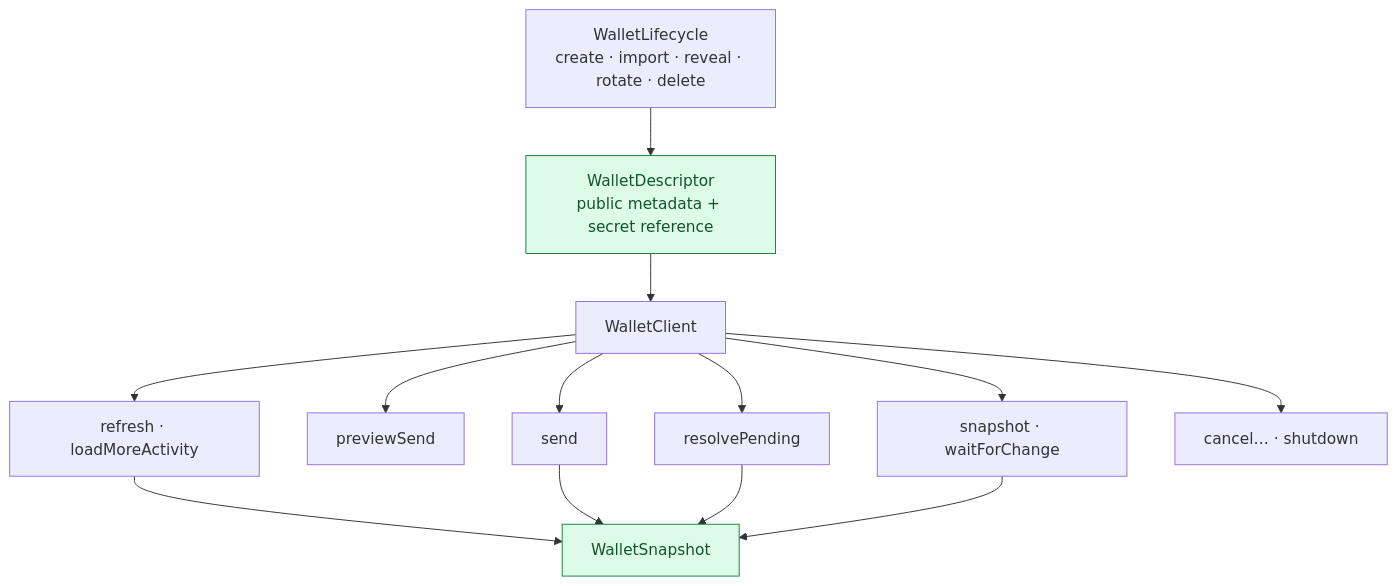
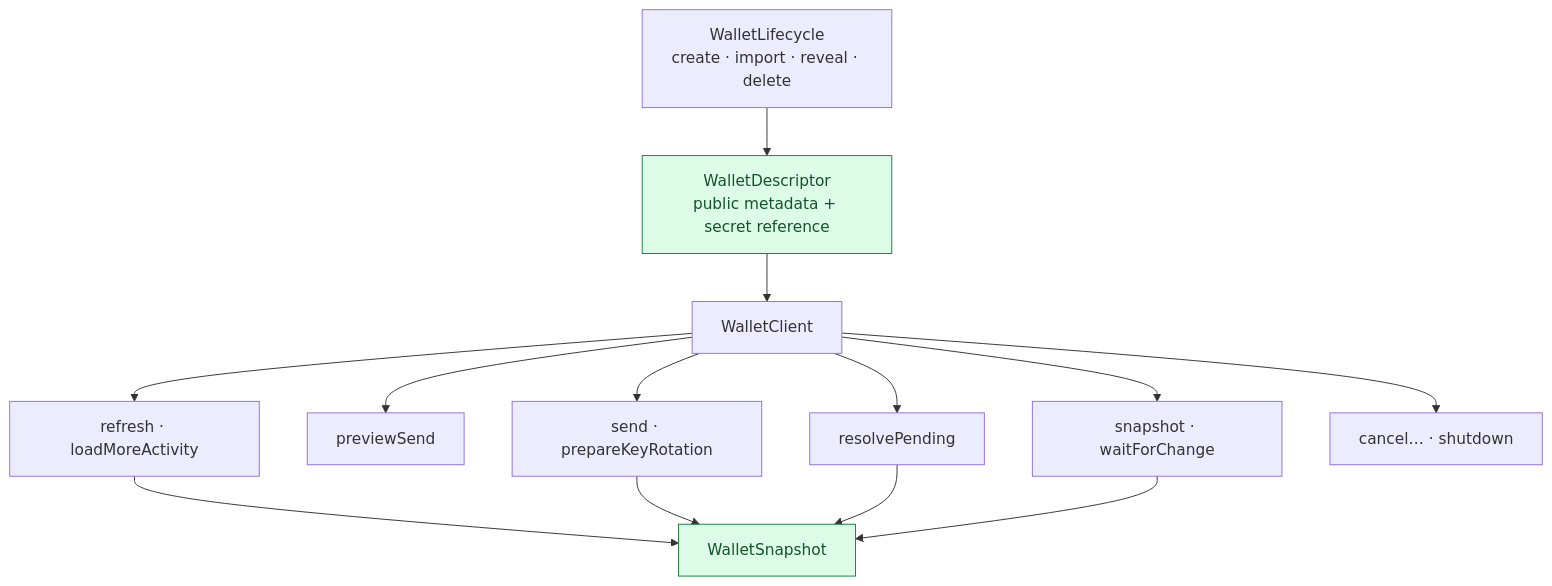
The first of 9 diagrams in README.md (i582/wallet-engine), drawn with Mermaid before and after one commit. The commit also changed other lines of this file and 23 other files, not shown here.

Commit message:
feat(rust): support multiple key rotation and move function to WalletClient to fetch seqno automatically

````diff
--- a/README.md
+++ b/README.md
@@ -388,20 +392,20 @@
 ```mermaid
 flowchart TD
-    Lifecycle["WalletLifecycle<br/>create · import · reveal · rotate · delete"]
+    Lifecycle["WalletLifecycle<br/>create · import · reveal · delete"]
     Descriptor["WalletDescriptor<br/>public metadata + secret reference"]
     Lifecycle --> Descriptor
     Descriptor --> Client["WalletClient"]
     Client --> Read["refresh · loadMoreActivity"]
     Client --> Preview["previewSend"]
-    Client --> Send["send"]
+    Client --> Send["send · prepareKeyRotation"]
     Client --> Resolve["resolvePending"]
     Client --> Observe["snapshot · waitForChange"]
     Read --> Snapshot["WalletSnapshot"]
     Send --> Snapshot
     Resolve --> Snapshot
     Observe --> Snapshot
     Client --> Stop["cancel… · shutdown"]
 
     classDef result fill:#dcfce7,stroke:#15803d,color:#14532d;
     class Descriptor,Snapshot result;
 ```
````
